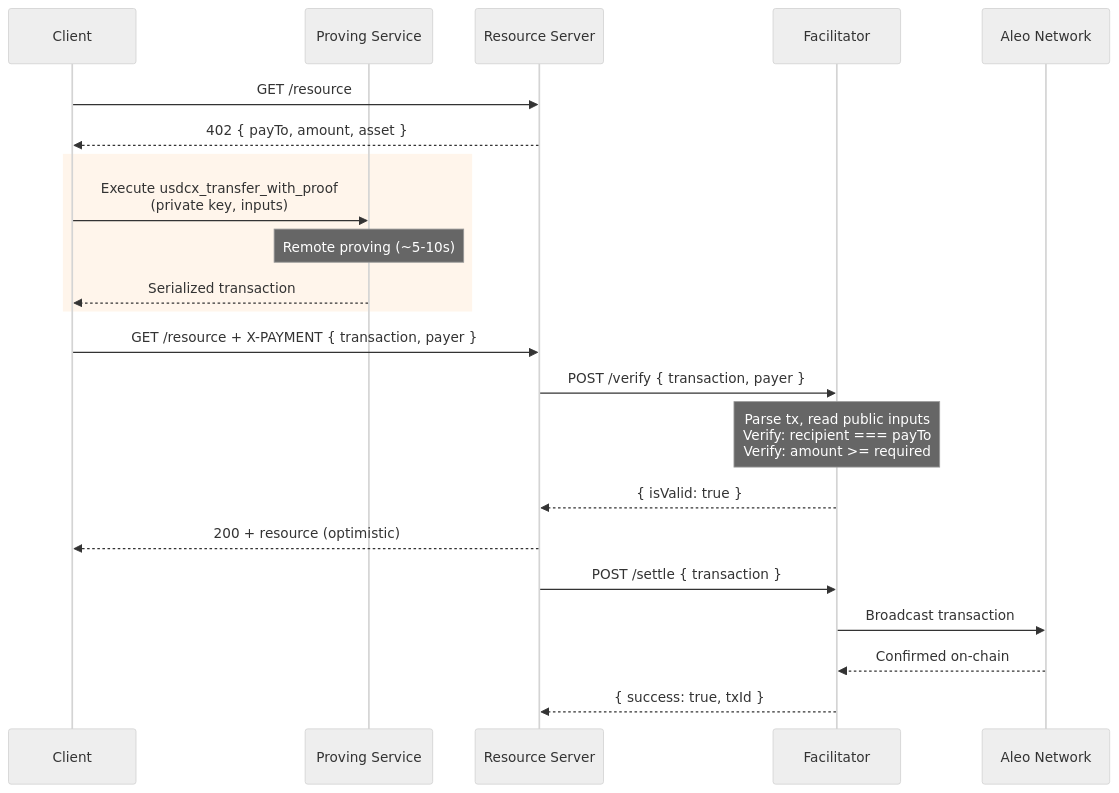
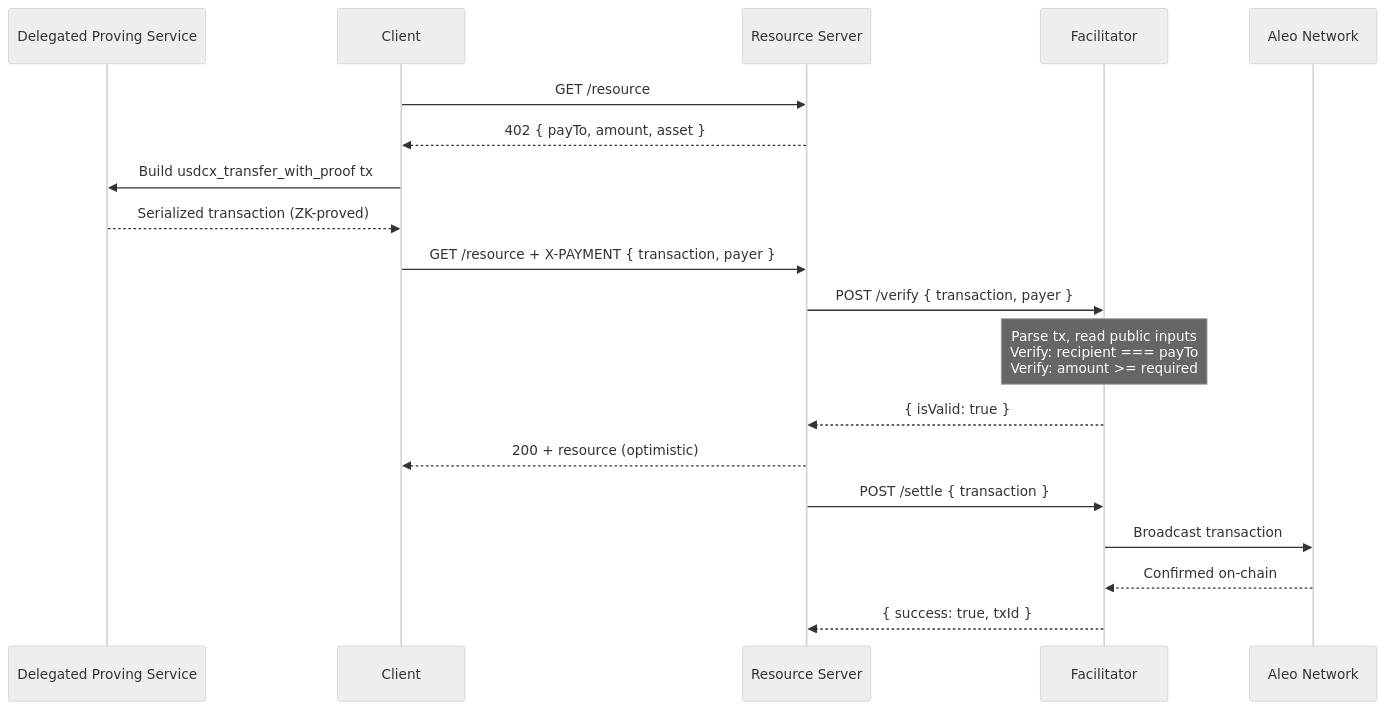
One commit to AleoAlexander/aleo-x402 changed the diagram in README.md. Above: the diagram before and after it, drawn with Mermaid (neutral theme). The commit also changed other lines of this file, not shown here.

Commit message:
Replace ASCII payment flow with Mermaid diagram in README

````diff
--- a/README.md
+++ b/README.md
@@ -84,30 +48,27 @@
 ```mermaid
 sequenceDiagram
+    participant P as Delegated Proving Service
     participant C as Client
-    participant P as Proving Service
     participant S as Resource Server
     participant F as Facilitator
     participant A as Aleo Network
 
     C->>S: GET /resource
     S-->>C: 402 { payTo, amount, asset }
 
-    rect rgb(255, 245, 235)
-    C->>P: Execute usdcx_transfer_with_proof<br/>(private key, inputs)
-    Note over P: Remote proving (~5-10s)
-    P-->>C: Serialized transaction
-    end
+    C->>P: Build usdcx_transfer_with_proof tx
+    P-->>C: Serialized transaction (ZK-proved)
 
     C->>S: GET /resource + X-PAYMENT { transaction, payer }
     S->>F: POST /verify { transaction, payer }
 
     Note over F: Parse tx, read public inputs<br/>Verify: recipient === payTo<br/>Verify: amount >= required
 
     F-->>S: { isValid: true }
     S-->>C: 200 + resource (optimistic)
 
     S->>F: POST /settle { transaction }
     F->>A: Broadcast transaction
     A-->>F: Confirmed on-chain
     F-->>S: { success: true, txId }
 ```
````
